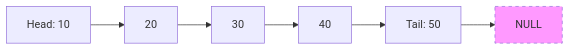
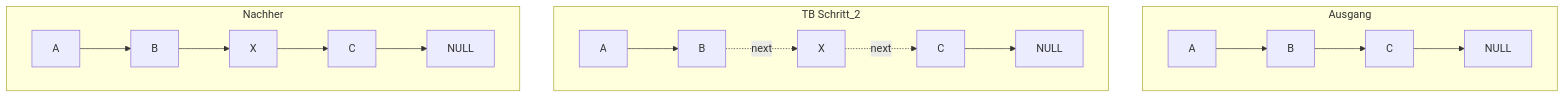
Before and after one commit to Pixelpilot/Pixelpilot.github.io: the third of 4 diagrams in docs/divers/xxx_mermaid.md, drawn with Mermaid. The commit also changed other lines of this file and 9 other files, not shown here.

Commit message:
diagramme hinzugefügt, schriften und js lokal

```diff
--- a/docs/divers/xxx_mermaid.md
+++ b/docs/divers/xxx_mermaid.md
@@ -28,10 +201,22 @@
 <div class="mermaid">
-graph LR
-    A[Head: 10] --> B[20]
-    B --> C[30]
-    C --> D[40]
-    D --> E[Tail: 50]
-    E --> F[NULL]
-    
-    style F fill:#f9f,stroke-dasharray: 5 5
+flowchart TB
+    subgraph Ausgang
+        A1[A] --> B1[B]
+        B1 --> C1[C]
+        C1 --> N1[NULL]
+    end
+
+    subgraph TB Schritt_2
+        A2[A] --> B2[B]
+        B2 -.next.-> X2[X]
+        X2 -.next.-> C2[C]
+        C2 --> N2[NULL]
+    end
+
+    subgraph Nachher
+        A3[A] --> B3[B]
+        B3 --> X3[X]
+        X3 --> C3[C]
+        C3 --> N3[NULL]
+    end
 </div>
```
